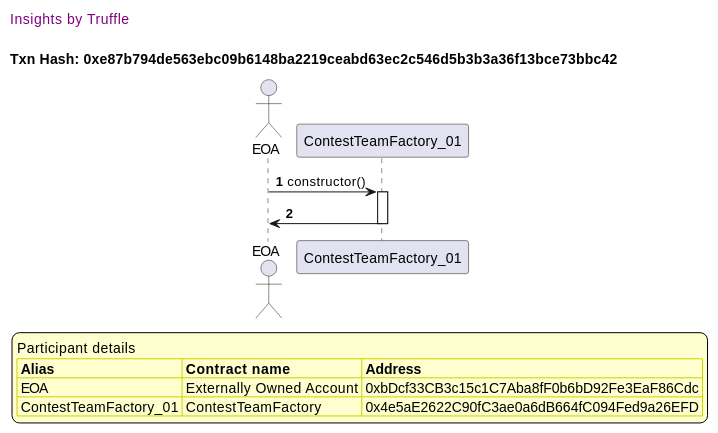
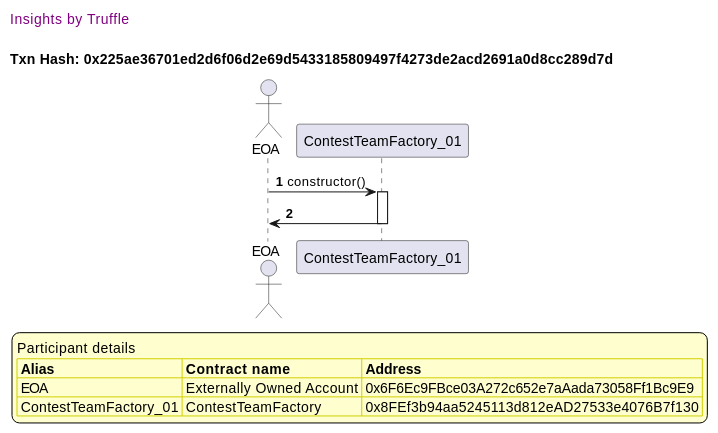
Before and after one commit to fodisi/hackapay: the first of 11 diagrams in truffle-seq/factory_contestteamfactory.md, drawn with PlantUML. The commit also changed other lines of this file and 10 other files, not shown here.

````diff
--- a/truffle-seq/factory_contestteamfactory.md
+++ b/truffle-seq/factory_contestteamfactory.md
@@ -13,37 +13,37 @@
 ```plantuml
 
 
 @startuml
 
 autonumber
 skinparam legendBackgroundColor #FEFECE
 
 <style>
       header {
         HorizontalAlignment left
         FontColor purple
         FontSize 14
         Padding 10
       }
     </style>
 
 header Insights by Truffle
 
-title Txn Hash: 0xe87b794de563ebc09b6148ba2219ceabd63ec2c546d5b3b3a36f13bce73bbc42
+title Txn Hash: 0x225ae36701ed2d6f06d2e69d5433185809497f4273de2acd2691a0d8cc289d7d
 
 
 actor EOA as "EOA"
 participant ContestTeamFactory_01 as "ContestTeamFactory_01"
 
 "EOA" -> "ContestTeamFactory_01" ++: constructor()
 "ContestTeamFactory_01" -> "EOA" --: 
 
 legend
 Participant details
 <#FEFECE,#D0D000>|= Alias |= Contract name |= Address |
-<#FEFECE>| EOA | Externally Owned Account | 0xbDcf33CB3c15c1C7Aba8fF0b6bD92Fe3EaF86Cdc |
-<#FEFECE>| ContestTeamFactory_01 | ContestTeamFactory | 0x4e5aE2622C90fC3ae0a6dB664fC094Fed9a26EFD |
+<#FEFECE>| EOA | Externally Owned Account | 0x6F6Ec9FBce03A272c652e7aAada73058Ff1Bc9E9 |
+<#FEFECE>| ContestTeamFactory_01 | ContestTeamFactory | 0x8FEf3b94aa5245113d812eAD27533e4076B7f130 |
 endlegend
 
 @enduml
 ```
````
